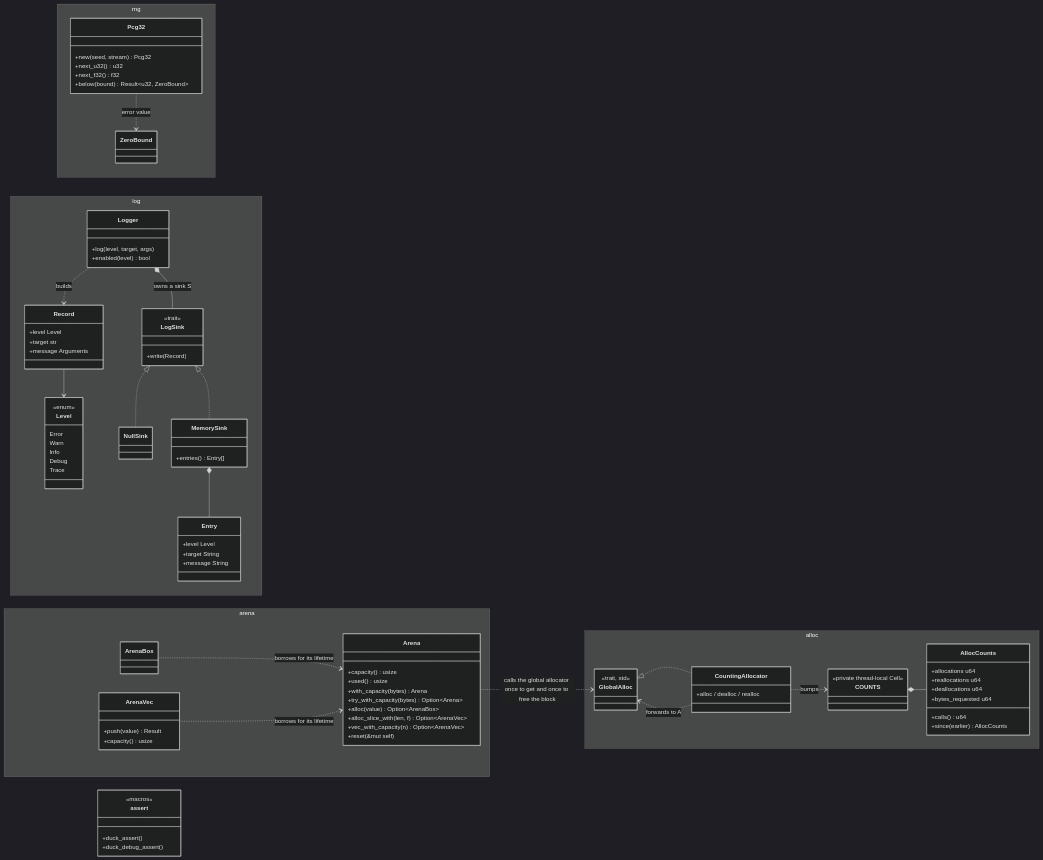
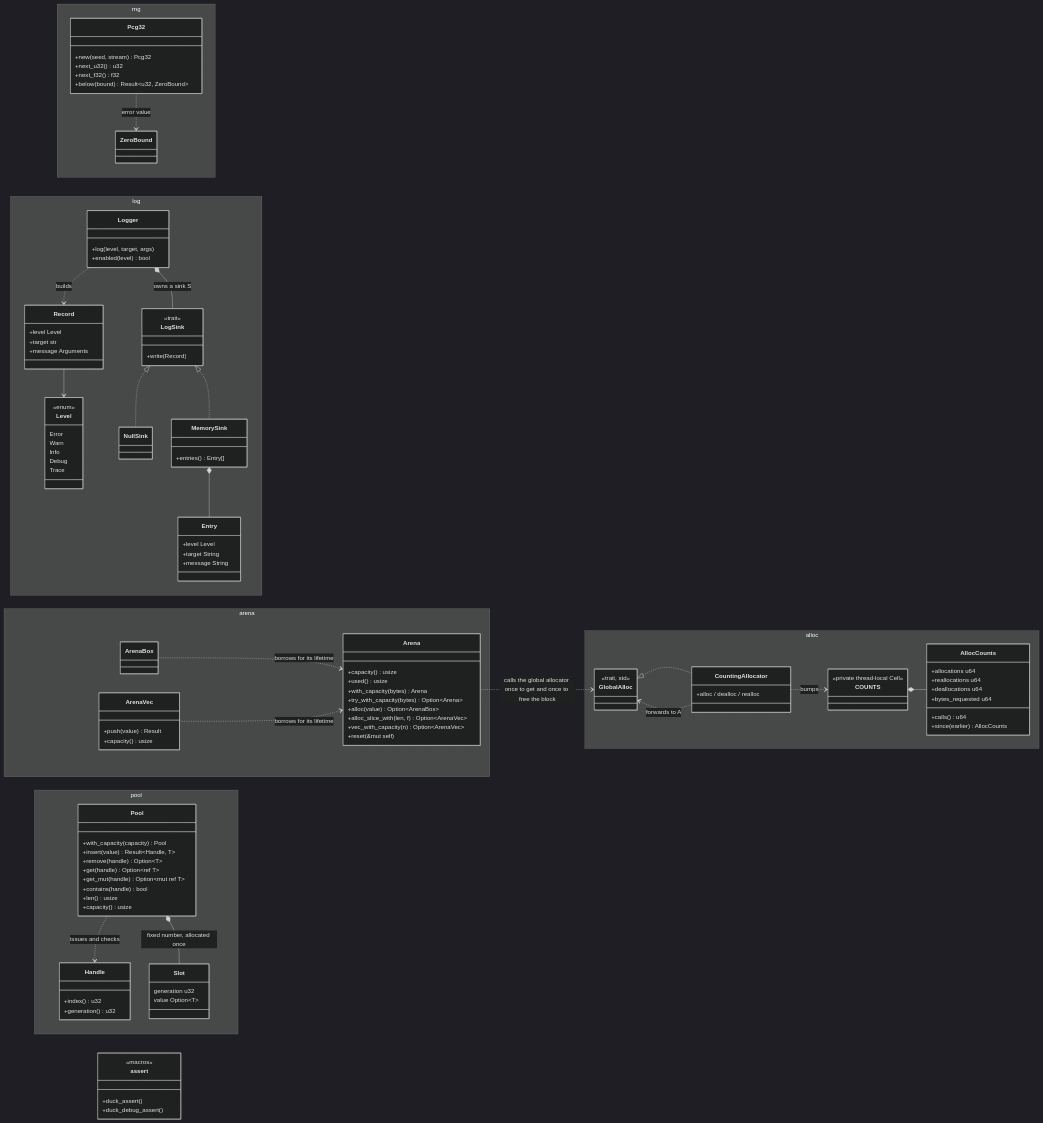
One commit to giamat90/DuckEngine changed the first of 2 diagrams in wiki/architecture/core-runtime.md. Above: the diagram before and after it, drawn with Mermaid (dark theme). The commit also changed other lines of this file and 4 other files, not shown here.

Commit message:
feat(base): add generational Handle and fixed-capacity Pool (1-9) (#47)

````diff
--- a/wiki/architecture/core-runtime.md
+++ b/wiki/architecture/core-runtime.md
@@ -157,6 +158,27 @@
     }
   }
 
+  namespace pool {
+    class Handle {
+      +index() u32
+      +generation() u32
+    }
+    class Pool {
+      +with_capacity(capacity) Pool
+      +insert(value) Result~Handle, T~
+      +remove(handle) Option~T~
+      +get(handle) Option~ref T~
+      +get_mut(handle) Option~mut ref T~
+      +contains(handle) bool
+      +len() usize
+      +capacity() usize
+    }
+    class Slot {
+      generation u32
+      value Option~T~
+    }
+  }
+
   class assert {
     <<macros>>
     +duck_assert()
@@ -177,4 +199,6 @@
   ArenaBox ..> Arena : borrows for its lifetime
   ArenaVec ..> Arena : borrows for its lifetime
   Arena ..> GlobalAlloc : calls the global allocator once to get and once to free the block
+  Pool *-- Slot : fixed number, allocated once
+  Pool ..> Handle : issues and checks
 ```
````
